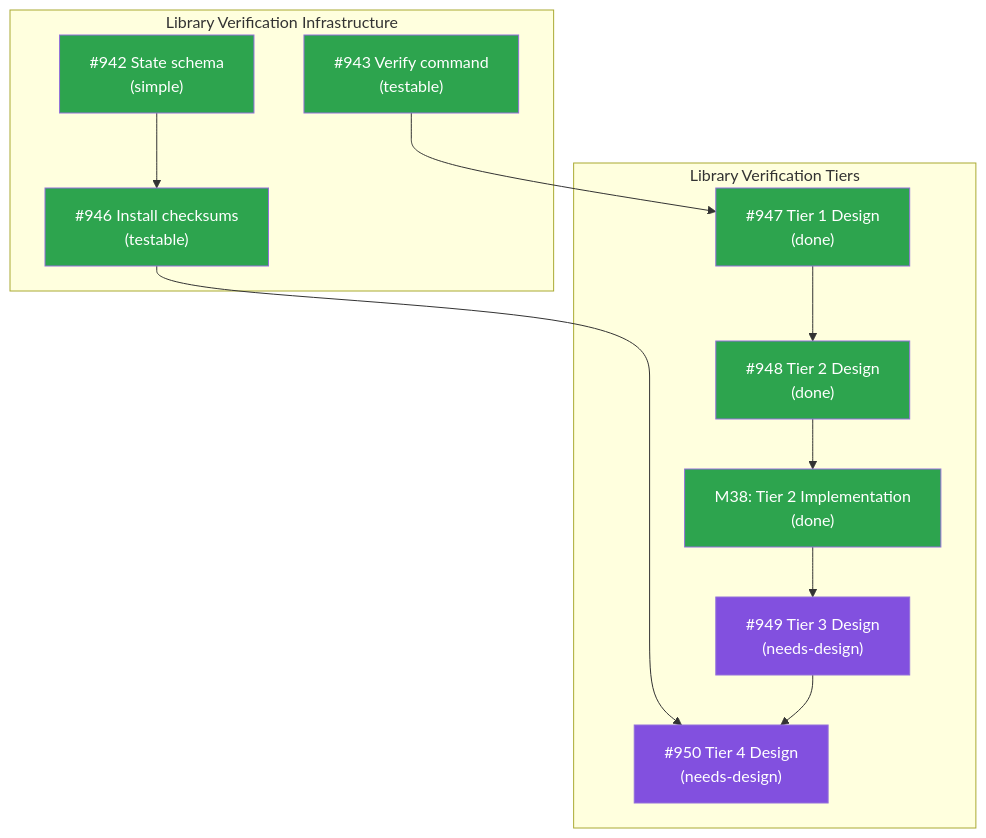
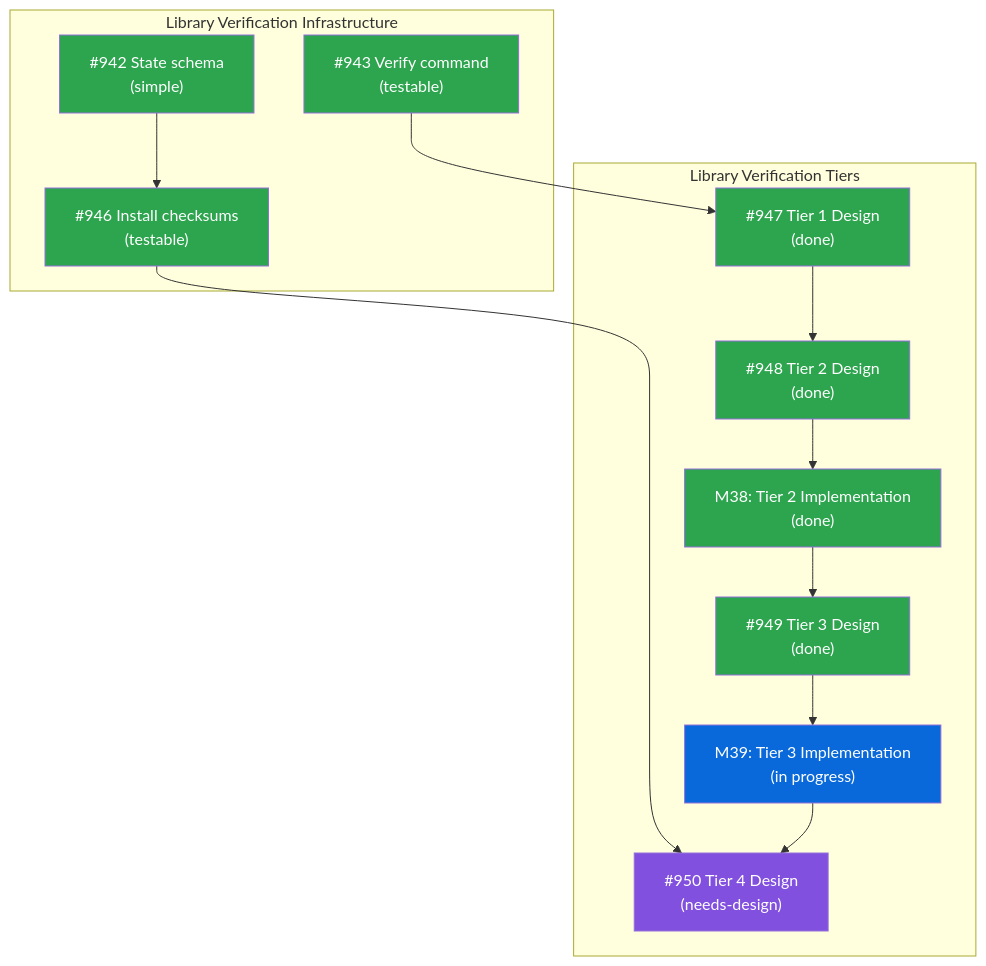
One commit to tsukumogami/tsuku changed the diagram in docs/designs/DESIGN-library-verification.md. Above: the diagram before and after it, drawn with Mermaid. The commit also changed other lines of this file, not shown here.

First line of the commit message:
docs(library-verification): add M39 milestone for Tier 3 implementation (#1022)

````diff
--- a/docs/designs/DESIGN-library-verification.md
+++ b/docs/designs/DESIGN-library-verification.md
@@ -18,29 +19,31 @@
 ```mermaid
 graph TD
     subgraph Infrastructure["Library Verification Infrastructure"]
         I942["#942 State schema<br/>(simple)"]:::done
         I943["#943 Verify command<br/>(testable)"]:::done
         I946["#946 Install checksums<br/>(testable)"]:::done
     end
 
     subgraph Tiers["Library Verification Tiers"]
         I947["#947 Tier 1 Design<br/>(done)"]:::done
         I948["#948 Tier 2 Design<br/>(done)"]:::done
         M38["M38: Tier 2 Implementation<br/>(done)"]:::done
-        I949["#949 Tier 3 Design<br/>(needs-design)"]:::needsdesign
+        I949["#949 Tier 3 Design<br/>(done)"]:::done
+        M39["M39: Tier 3 Implementation<br/>(in progress)"]:::ready
         I950["#950 Tier 4 Design<br/>(needs-design)"]:::needsdesign
     end
 
     I942 --> I946
     I943 --> I947
     I947 --> I948
     I948 --> M38
     M38 --> I949
+    I949 --> M39
     I946 --> I950
-    I949 --> I950
+    M39 --> I950
 
     classDef done fill:#2da44e,color:white
     classDef ready fill:#0969da,color:white
     classDef blocked fill:#d4a72c,color:white
     classDef needsdesign fill:#8250df,color:white
 ```
````
